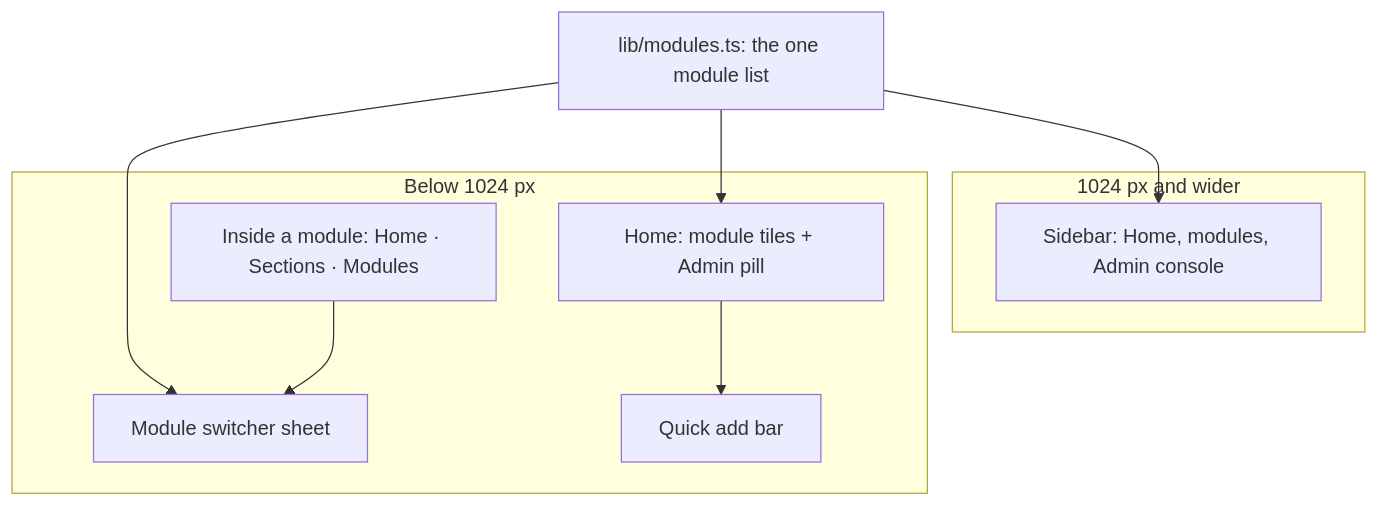
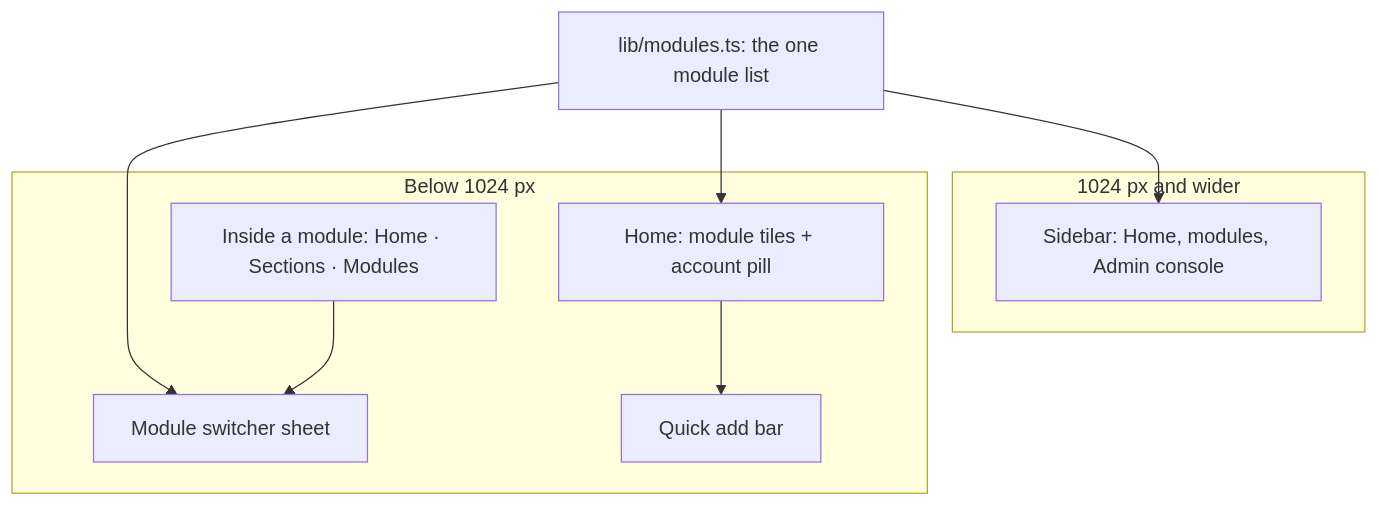
One commit to vplakkot/HomeBase changed the eighth of 8 diagrams in docs/architecture.md. Above: the diagram before and after it, drawn with Mermaid. The commit also changed other lines of this file and 25 other files, not shown here.

First line of the commit message:
Account pill on phones, account buttons in the sidebar (#123)

````diff
--- a/docs/architecture.md
+++ b/docs/architecture.md
@@ -556,11 +559,11 @@
 ```mermaid
 flowchart TB
     List[lib/modules.ts: the one module list] --> Sidebar & Tiles & Switcher
     subgraph Desktop["1024 px and wider"]
       Sidebar[Sidebar: Home, modules, Admin console]
     end
     subgraph Phone["Below 1024 px"]
-      Tiles[Home: module tiles + Admin pill] --> QuickAdd[Quick add bar]
+      Tiles[Home: module tiles + account pill] --> QuickAdd[Quick add bar]
       Bar[Inside a module: Home · Sections · Modules] --> Switcher[Module switcher sheet]
     end
 ```
````
